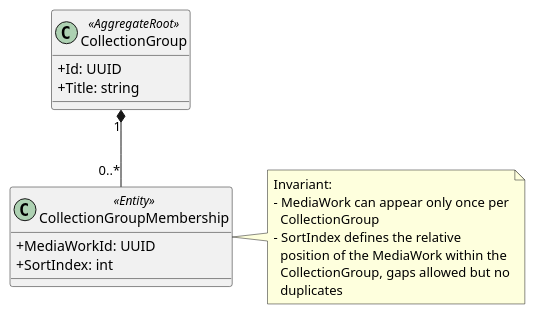
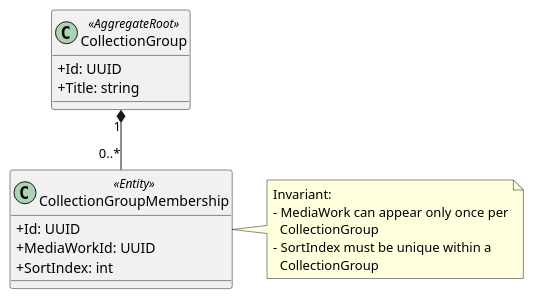
One commit to yantue/colleq changed the diagram in docs/uml/domain/domain-collection-group.puml. Above: the diagram before and after it, drawn with PlantUML. The commit also changed 2 other files, not shown here.

Commit message:
docs: Update _creatorRoles type and Add missing ID to CollectionGroupMembership

```diff
--- a/docs/uml/domain/domain-collection-group.puml
+++ b/docs/uml/domain/domain-collection-group.puml
@@ -1,26 +1,25 @@
 @startuml
 skinparam classAttributeIconSize 0
 
 class CollectionGroup <<AggregateRoot>> {
     +Id: UUID
     +Title: string
 }
 
 class CollectionGroupMembership <<Entity>> {
+    +Id: UUID
     +MediaWorkId: UUID
     +SortIndex: int
 }
 
 note right of CollectionGroupMembership
 Invariant:
 - MediaWork can appear only once per
   CollectionGroup
-- SortIndex defines the relative
-  position of the MediaWork within the
-  CollectionGroup, gaps allowed but no
-  duplicates
+- SortIndex must be unique within a
+  CollectionGroup
 end note
 
 CollectionGroup "1" *-- "0..*" CollectionGroupMembership
 
 @enduml
```
